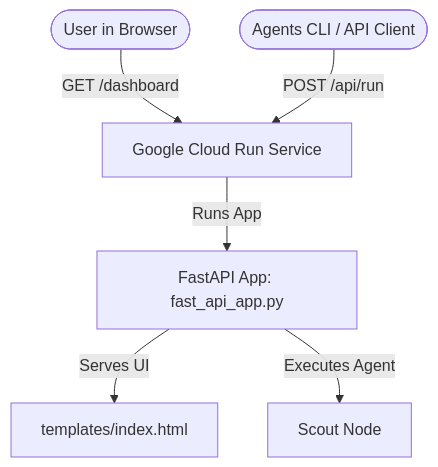
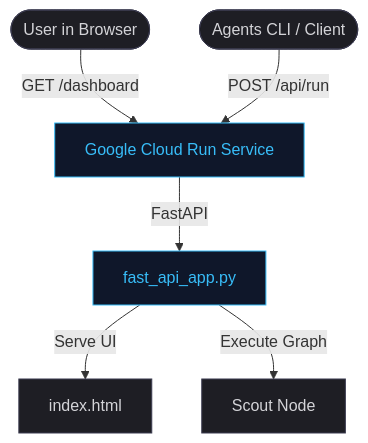
One commit to ryemyster/capability-arbitrator changed the diagram in docs/DEPLOYMENT.md. Above: the diagram before and after it, drawn with Mermaid. The commit also changed other lines of this file and 9 other files, not shown here.

````diff
--- a/docs/DEPLOYMENT.md
+++ b/docs/DEPLOYMENT.md
@@ -19,8 +13,11 @@
 ```mermaid
 graph TD
-    User([User in Browser]) -->|GET /dashboard| CloudRun[Google Cloud Run Service]
-    CLI([Agents CLI / API Client]) -->|POST /api/run| CloudRun
-    CloudRun -->|Runs App| FastAPI[FastAPI App: fast_api_app.py]
-    FastAPI -->|Serves UI| HTML[templates/index.html]
-    FastAPI -->|Executes Agent| Scout[Scout Node]
+    classDef default fill:#1e1e24,stroke:#3b3b4f,stroke-width:1px,color:#d4d4d8;
+    classDef cloud fill:#0f172a,stroke:#38bdf8,stroke-width:1px,color:#38bdf8;
+    
+    User([User in Browser]) -->|GET /dashboard| CloudRun[Google Cloud Run Service]:::cloud
+    CLI([Agents CLI / Client]) -->|POST /api/run| CloudRun
+    CloudRun -->|FastAPI| AppInstance[fast_api_app.py]:::cloud
+    AppInstance -->|Serve UI| Dashboard[index.html]
+    AppInstance -->|Execute Graph| Scout[Scout Node]
 ```
````
